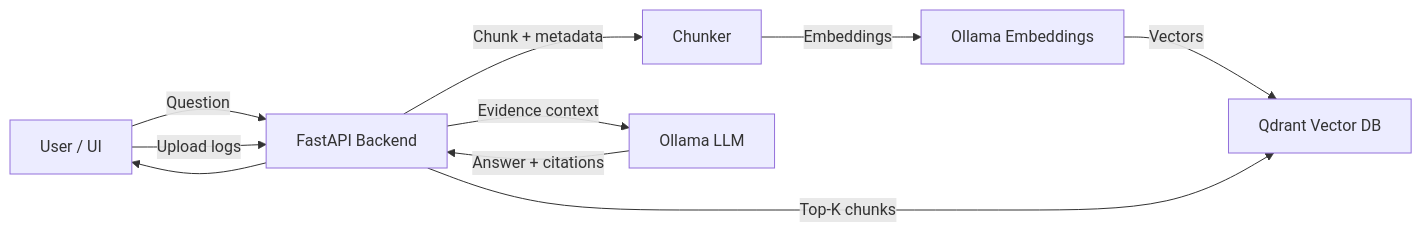
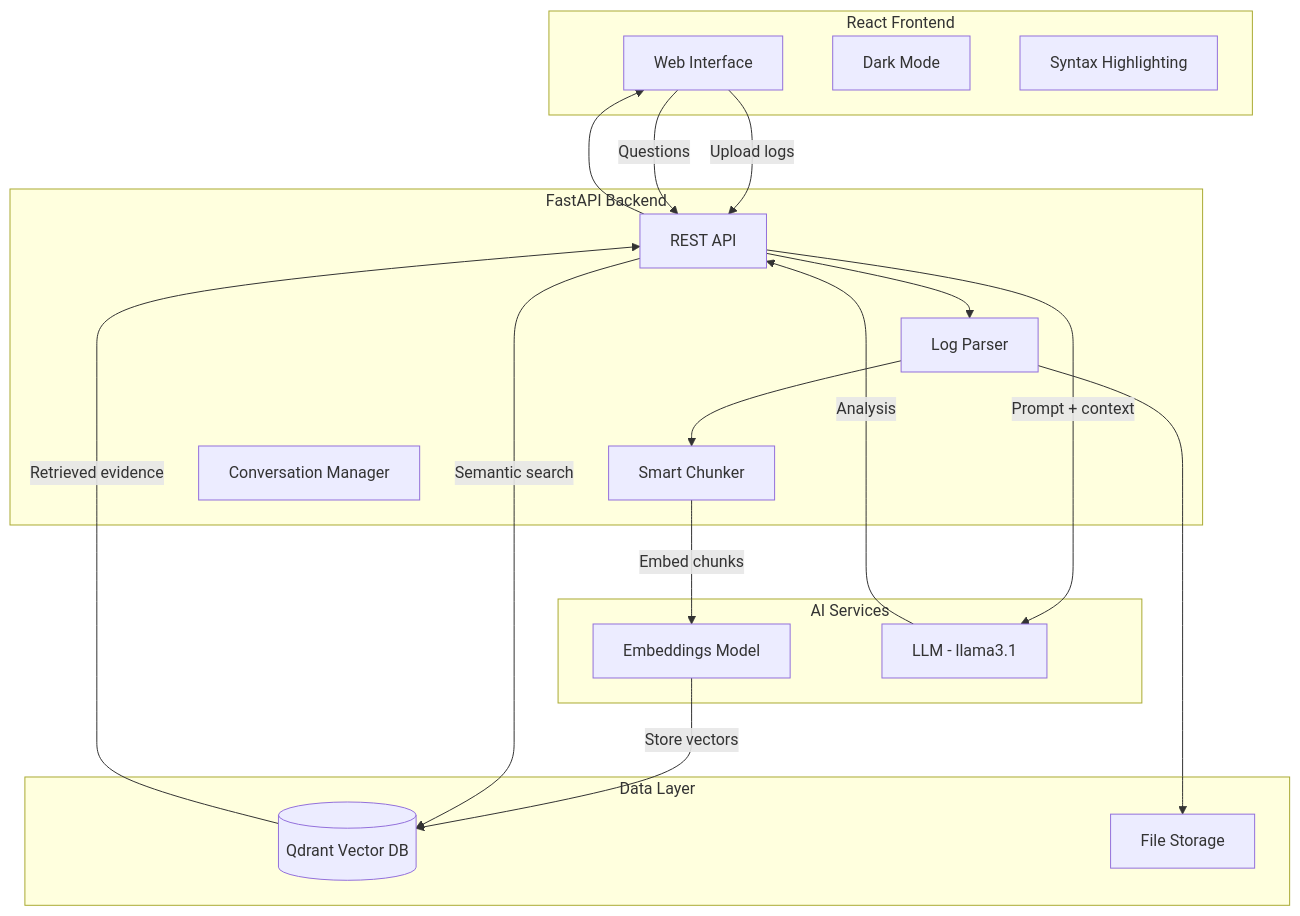
The first of 5 diagrams in README.md (Avinash-Amudala/llm-incident-copilot), drawn with Mermaid before and after one commit. The commit also changed other lines of this file and 13 other files, not shown here.

````diff
--- a/README.md
+++ b/README.md
@@ -13,12 +15,37 @@
 ```mermaid
-flowchart LR
-  U[User / UI] -->|Question| API[FastAPI Backend]
-  U -->|Upload logs| API
-  API -->|Chunk + metadata| CH[Chunker]
-  CH -->|Embeddings| EMB[Ollama Embeddings]
-  EMB -->|Vectors| Q[Qdrant Vector DB]
-  API -->|Top-K chunks| Q
-  API -->|Evidence context| LLM[Ollama LLM]
-  LLM -->|Answer + citations| API
-  API --> U
+flowchart TB
+    subgraph Frontend["React Frontend"]
+        UI[Web Interface]
+        DM[Dark Mode]
+        SH[Syntax Highlighting]
+    end
+
+    subgraph Backend["FastAPI Backend"]
+        API[REST API]
+        PS[Log Parser]
+        CH[Smart Chunker]
+        CV[Conversation Manager]
+    end
+
+    subgraph Storage["Data Layer"]
+        QD[(Qdrant Vector DB)]
+        FS[File Storage]
+    end
+
+    subgraph AI["AI Services"]
+        EMB[Embeddings Model]
+        LLM[LLM - llama3.1]
+    end
+
+    UI -->|Upload logs| API
+    UI -->|Questions| API
+    API --> PS --> CH
+    CH -->|Embed chunks| EMB
+    EMB -->|Store vectors| QD
+    API -->|Semantic search| QD
+    QD -->|Retrieved evidence| API
+    API -->|Prompt + context| LLM
+    LLM -->|Analysis| API
+    API --> UI
+    PS --> FS
 ```
````
